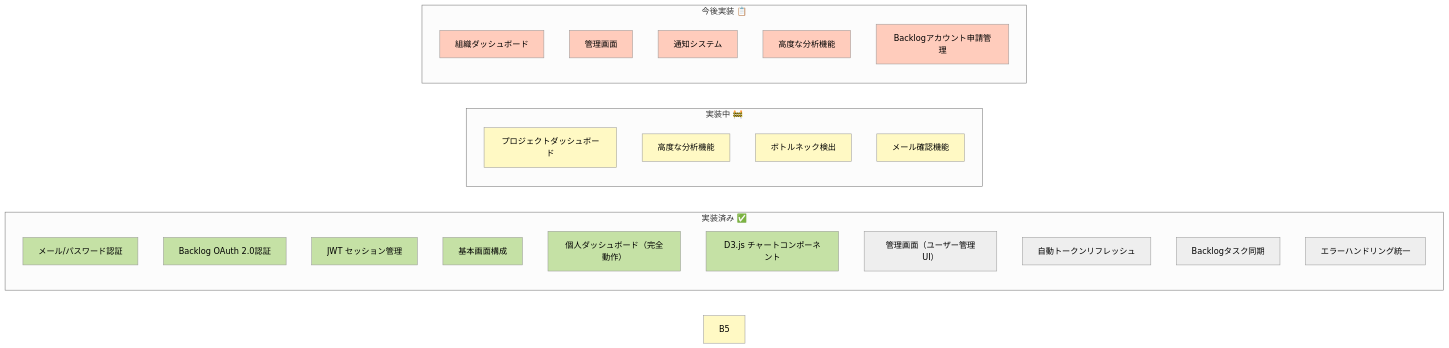
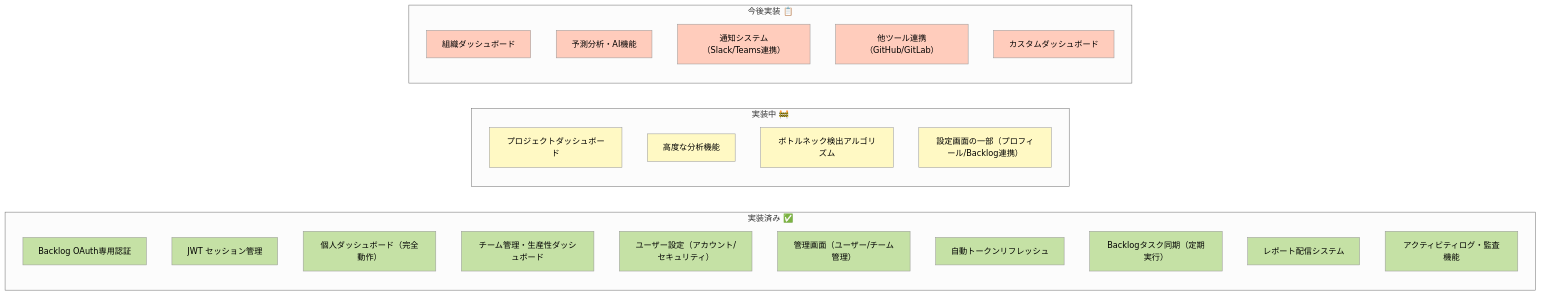
The second of 13 diagrams in Doc/mvp.md (rasshii/team-insight), drawn with Mermaid (neutral theme) before and after one commit. The commit also changed other lines of this file and 1 other file, not shown here.

````diff
--- a/Doc/mvp.md
+++ b/Doc/mvp.md
@@ -162,47 +205,50 @@
 ```mermaid
 graph LR
     subgraph "実装済み ✅"
-        A1[メール/パスワード認証]
-        A2[Backlog OAuth 2.0認証]
-        A3[JWT セッション管理]
-        A4[基本画面構成]
-        A5[個人ダッシュボード（完全動作）]
-        A6[D3.js チャートコンポーネント]
-        A7[管理画面（ユーザー管理UI）]
-        A8[自動トークンリフレッシュ]
-        A9[Backlogタスク同期]
-        A10[エラーハンドリング統一]
+        A1[Backlog OAuth専用認証]
+        A2[JWT セッション管理]
+        A3[個人ダッシュボード（完全動作）]
+        A4[チーム管理・生産性ダッシュボード]
+        A5[ユーザー設定（アカウント/セキュリティ）]
+        A6[管理画面（ユーザー/チーム管理）]
+        A7[自動トークンリフレッシュ]
+        A8[Backlogタスク同期（定期実行）]
+        A9[レポート配信システム]
+        A10[アクティビティログ・監査機能]
     end
 
     subgraph "実装中 🚧"
         B1[プロジェクトダッシュボード]
         B2[高度な分析機能]
-        B3[ボトルネック検出]
-        B4[メール確認機能]
+        B3[ボトルネック検出アルゴリズム]
+        B4[設定画面の一部（プロフィール/Backlog連携）]
     end
 
     subgraph "今後実装 📋"
         C1[組織ダッシュボード]
-        C2[管理画面]
-        C3[通知システム]
-        C4[高度な分析機能]
-        C5[Backlogアカウント申請管理]
+        C2[予測分析・AI機能]
+        C3[通知システム（Slack/Teams連携）]
+        C4[他ツール連携（GitHub/GitLab）]
+        C5[カスタムダッシュボード]
     end
 
     style A1 fill:#c5e1a5
     style A2 fill:#c5e1a5
     style A3 fill:#c5e1a5
     style A4 fill:#c5e1a5
     style A5 fill:#c5e1a5
     style A6 fill:#c5e1a5
+    style A7 fill:#c5e1a5
+    style A8 fill:#c5e1a5
+    style A9 fill:#c5e1a5
+    style A10 fill:#c5e1a5
     style B1 fill:#fff9c4
     style B2 fill:#fff9c4
     style B3 fill:#fff9c4
     style B4 fill:#fff9c4
-    style B5 fill:#fff9c4
     style C1 fill:#ffccbc
     style C2 fill:#ffccbc
     style C3 fill:#ffccbc
     style C4 fill:#ffccbc
     style C5 fill:#ffccbc
 ```
````
